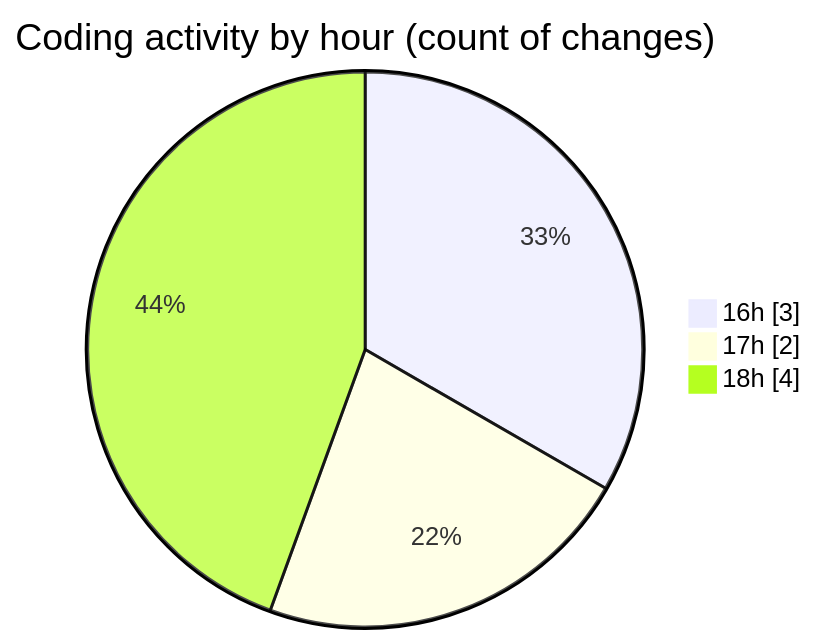
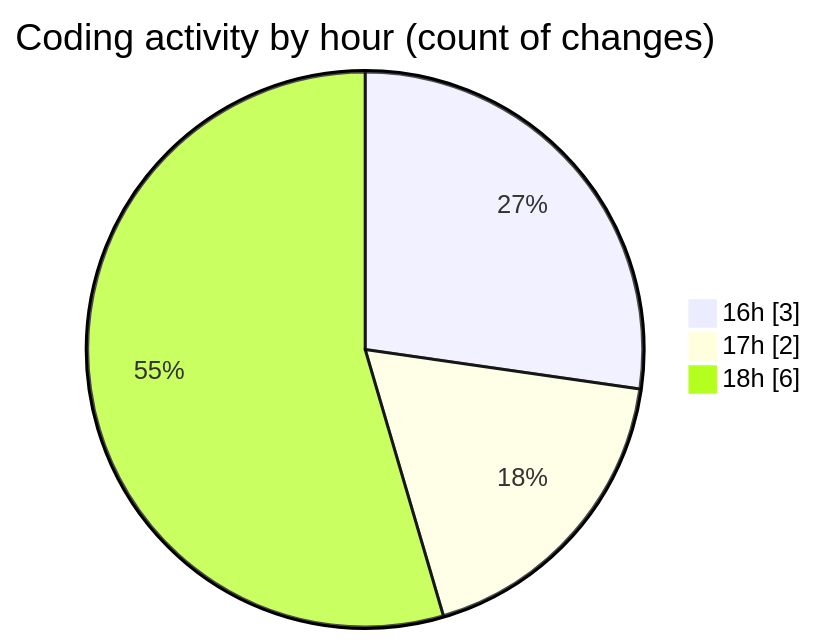
The second of 2 diagrams in 2025-03-25/startfiles/README.md (NitaiMahat/code-tracking), drawn with Mermaid before and after one commit. The commit also changed other lines of this file and 1 other file, not shown here.

````diff
--- a/2025-03-25/startfiles/README.md
+++ b/2025-03-25/startfiles/README.md
@@ -28,7 +28,7 @@
 ```mermaid
 pie showData
 title Coding activity by hour (count of changes)
 "16h" : 3
 "17h" : 2
-"18h" : 4
+"18h" : 6
 ```
````
